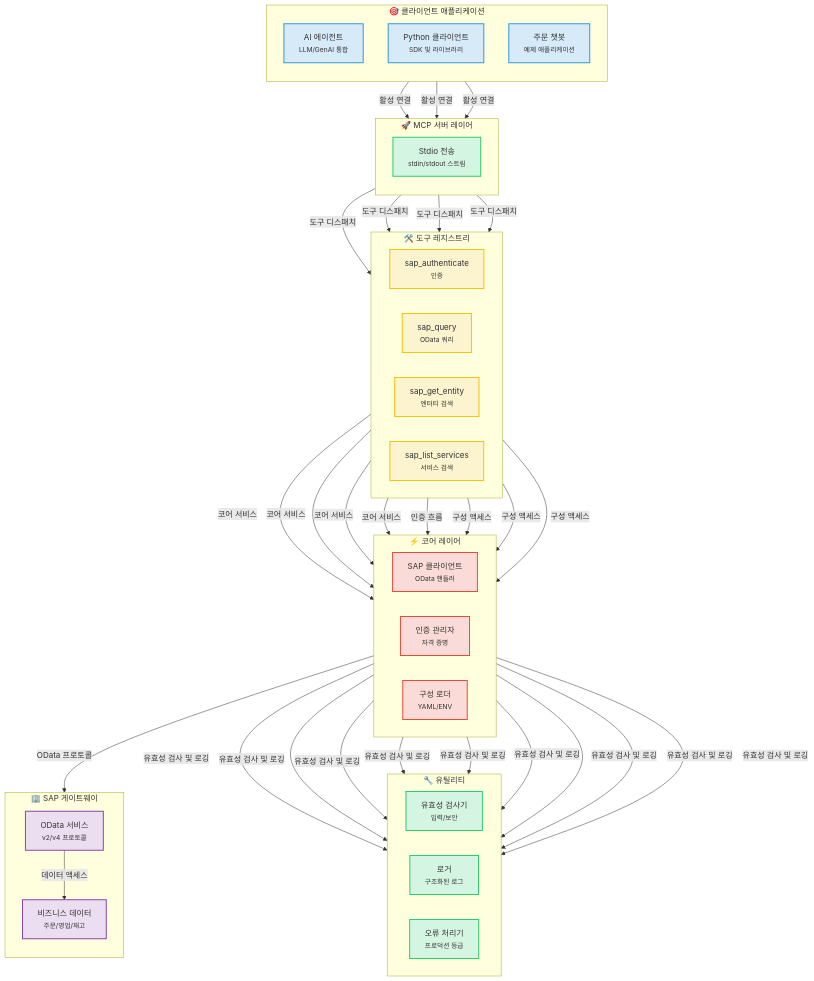
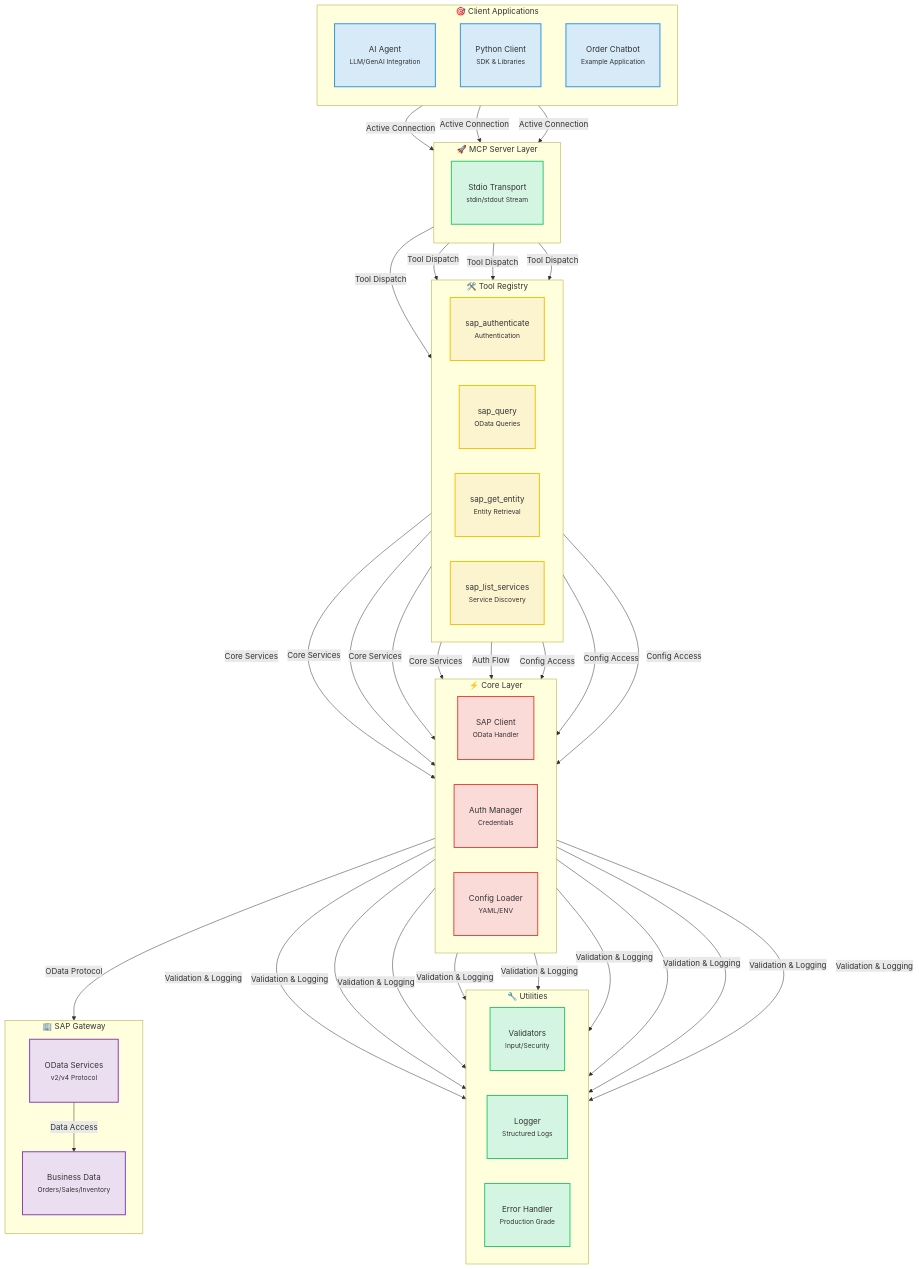
The first of 5 diagrams in README.ko.md (midasol/sap-mcp-server), drawn with Mermaid before and after one commit. The commit also changed other lines of this file, not shown here.

````diff
--- a/README.ko.md
+++ b/README.ko.md
@@ -38,66 +41,66 @@
 ```mermaid
 graph TB
-    subgraph clients["🎯 클라이언트 애플리케이션"]
+    subgraph clients["🎯 Client Applications"]
         direction TB
-        A1["AI 에이전트<br/><small>LLM/GenAI 통합</small>"]
-        A2["Python 클라이언트<br/><small>SDK 및 라이브러리</small>"]
-        A3["주문 챗봇<br/><small>예제 애플리케이션</small>"]
+        A1["AI Agent<br/><small>LLM/GenAI Integration</small>"]
+        A2["Python Client<br/><small>SDK & Libraries</small>"]
+        A3["Order Chatbot<br/><small>Example Application</small>"]
     end
 
-    subgraph transport["🚀 MCP 서버 레이어"]
+    subgraph transport["🚀 MCP Server Layer"]
         direction TB
-        B1["Stdio 전송<br/><small>stdin/stdout 스트림</small>"]
+        B1["Stdio Transport<br/><small>stdin/stdout Stream</small>"]
     end
 
-    subgraph registry["🛠️ 도구 레지스트리"]
+    subgraph registry["🛠️ Tool Registry"]
         direction LR
-        C1["sap_authenticate<br/><small>인증</small>"]
-        C2["sap_query<br/><small>OData 쿼리</small>"]
-        C3["sap_get_entity<br/><small>엔터티 검색</small>"]
-        C4["sap_list_services<br/><small>서비스 검색</small>"]
+        C1["sap_authenticate<br/><small>Authentication</small>"]
+        C2["sap_query<br/><small>OData Queries</small>"]
+        C3["sap_get_entity<br/><small>Entity Retrieval</small>"]
+        C4["sap_list_services<br/><small>Service Discovery</small>"]
     end
 
-    subgraph core["⚡ 코어 레이어"]
+    subgraph core["⚡ Core Layer"]
         direction LR
-        D1["SAP 클라이언트<br/><small>OData 핸들러</small>"]
-        D2["인증 관리자<br/><small>자격 증명</small>"]
-        D3["구성 로더<br/><small>YAML/ENV</small>"]
+        D1["SAP Client<br/><small>OData Handler</small>"]
+        D2["Auth Manager<br/><small>Credentials</small>"]
+        D3["Config Loader<br/><small>YAML/ENV</small>"]
     end
 
-    subgraph utils["🔧 유틸리티"]
+    subgraph utils["🔧 Utilities"]
         direction LR
-        E1["유효성 검사기<br/><small>입력/보안</small>"]
-        E2["로거<br/><small>구조화된 로그</small>"]
-        E3["오류 처리기<br/><small>프로덕션 등급</small>"]
+        E1["Validators<br/><small>Input/Security</small>"]
+        E2["Logger<br/><small>Structured Logs</small>"]
+        E3["Error Handler<br/><small>Production Grade</small>"]
     end
 
-    subgraph sap["🏢 SAP 게이트웨이"]
+    subgraph sap["🏢 SAP Gateway"]
         direction TB
-        F1["OData 서비스<br/><small>v2/v4 프로토콜</small>"]
-        F2["비즈니스 데이터<br/><small>주문/영업/재고</small>"]
+        F1["OData Services<br/><small>v2/v4 Protocol</small>"]
+        F2["Business Data<br/><small>Orders/Sales/Inventory</small>"]
     end
 
-    A1 & A2 & A3 -->|활성 연결| B1
-    B1 -->|도구 디스패치| C1 & C2 & C3 & C4
-    C1 & C2 & C3 & C4 -->|코어 서비스| D1
-    C1 -->|인증 흐름| D2
-    C2 & C3 & C4 -->|구성 액세스| D3
-    D1 & D2 & D3 -->|유효성 검사 및 로깅| E1 & E2 & E3
-    D1 -->|OData 프로토콜| F1
-    F1 -->|데이터 액세스| F2
+    A1 & A2 & A3 -->|Active Connection| B1
+    B1 -->|Tool Dispatch| C1 & C2 & C3 & C4
+    C1 & C2 & C3 & C4 -->|Core Services| D1
+    C1 -->|Auth Flow| D2
+    C2 & C3 & C4 -->|Config Access| D3
+    D1 & D2 & D3 -->|Validation & Logging| E1 & E2 & E3
+    D1 -->|OData Protocol| F1
+    F1 -->|Data Access| F2
 
-    classDef clientNode fill:#D6EAF8,stroke:#3498DB,stroke-width:2px
-    classDef transportNode fill:#D5F5E3,stroke:#2ECC71,stroke-width:2px
+    classDef clientNode fill:#D6EAF8,stroke:#3498DB,stroke-width:2px,padding:20px
+    classDef transportNode fill:#D5F5E3,stroke:#2ECC71,stroke-width:2px,padding:20px
     classDef futureNode fill:#E8E8E8,stroke:#999999,stroke-width:2px,stroke-dasharray:5 5
-    classDef toolNode fill:#FCF3CF,stroke:#F1C40F,stroke-width:2px
-    classDef coreNode fill:#FADBD8,stroke:#E74C3C,stroke-width:2px
-    classDef utilNode fill:#D5F5E3,stroke:#2ECC71,stroke-width:2px
-    classDef sapNode fill:#EBDEF0,stroke:#8E44AD,stroke-width:2px
+    classDef toolNode fill:#FCF3CF,stroke:#F1C40F,stroke-width:2px,padding:20px
+    classDef coreNode fill:#FADBD8,stroke:#E74C3C,stroke-width:2px,padding:20px
+    classDef utilNode fill:#D5F5E3,stroke:#2ECC71,stroke-width:2px,padding:20px
+    classDef sapNode fill:#EBDEF0,stroke:#8E44AD,stroke-width:2px,padding:20px
 
     class A1,A2,A3 clientNode
     class B1 transportNode
     class C1,C2,C3,C4 toolNode
     class D1,D2,D3 coreNode
     class E1,E2,E3 utilNode
     class F1,F2 sapNode
 ```
````
